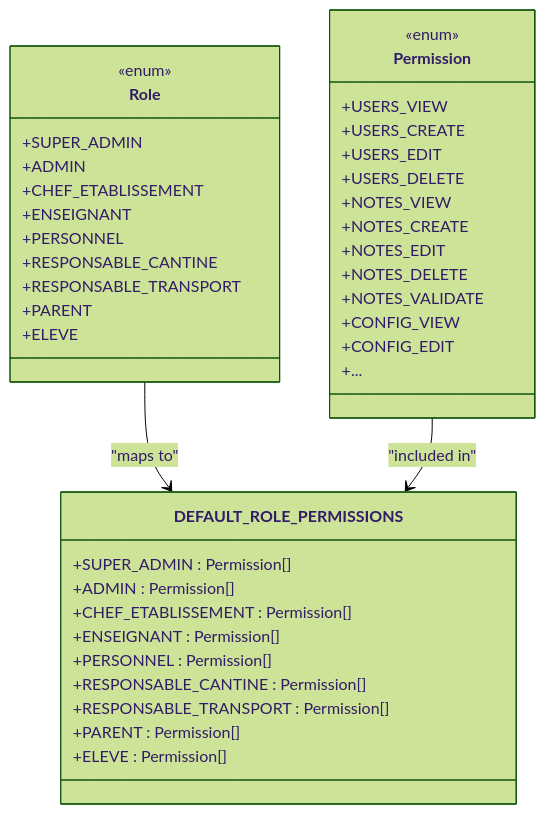
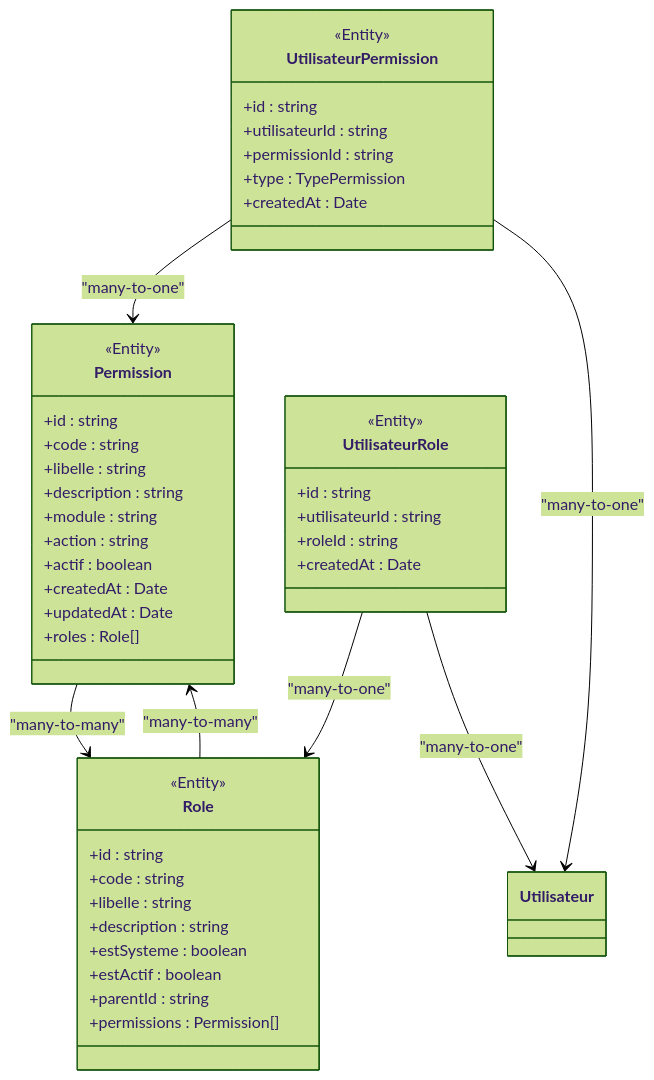
One commit to franckylab/eLISAschool changed the third of 5 diagrams in .qoder/repowiki/en/content/Authentication & Authorization/Role-Based Access Control.md. Above: the diagram before and after it, drawn with Mermaid (forest theme). The commit also changed other lines of this file and 75 other files, not shown here.

````diff
--- a/.qoder/repowiki/en/content/Authentication & Authorization/Role-Based Access Control.md
+++ b/.qoder/repowiki/en/content/Authentication & Authorization/Role-Based Access Control.md
@@ -156,43 +185,48 @@
 ```mermaid
 classDiagram
+class Permission {
+<<Entity>>
++id : string
++code : string
++libelle : string
++description : string
++module : string
++action : string
++actif : boolean
++createdAt : Date
++updatedAt : Date
++roles : Role[]
+}
 class Role {
-<<enum>>
-+SUPER_ADMIN
-+ADMIN
-+CHEF_ETABLISSEMENT
-+ENSEIGNANT
-+PERSONNEL
-+RESPONSABLE_CANTINE
-+RESPONSABLE_TRANSPORT
-+PARENT
-+ELEVE
+<<Entity>>
++id : string
++code : string
++libelle : string
++description : string
++estSysteme : boolean
++estActif : boolean
++parentId : string
++permissions : Permission[]
 }
-class Permission {
-<<enum>>
-+USERS_VIEW
-+USERS_CREATE
-+USERS_EDIT
-+USERS_DELETE
-+NOTES_VIEW
-+NOTES_CREATE
-+NOTES_EDIT
-+NOTES_DELETE
-+NOTES_VALIDATE
-+CONFIG_VIEW
-+CONFIG_EDIT
-+...
+class UtilisateurPermission {
+<<Entity>>
++id : string
++utilisateurId : string
++permissionId : string
++type : TypePermission
++createdAt : Date
 }
-class DEFAULT_ROLE_PERMISSIONS {
-+SUPER_ADMIN : Permission[]
-+ADMIN : Permission[]
-+CHEF_ETABLISSEMENT : Permission[]
-+ENSEIGNANT : Permission[]
-+PERSONNEL : Permission[]
-+RESPONSABLE_CANTINE : Permission[]
-+RESPONSABLE_TRANSPORT : Permission[]
-+PARENT : Permission[]
-+ELEVE : Permission[]
+class UtilisateurRole {
+<<Entity>>
++id : string
++utilisateurId : string
++roleId : string
++createdAt : Date
 }
-Role --> DEFAULT_ROLE_PERMISSIONS : "maps to"
-Permission --> DEFAULT_ROLE_PERMISSIONS : "included in"
+Permission --> Role : "many-to-many"
+Role --> Permission : "many-to-many"
+UtilisateurPermission --> Permission : "many-to-one"
+UtilisateurPermission --> Utilisateur : "many-to-one"
+UtilisateurRole --> Role : "many-to-one"
+UtilisateurRole --> Utilisateur : "many-to-one"
 ```
````
